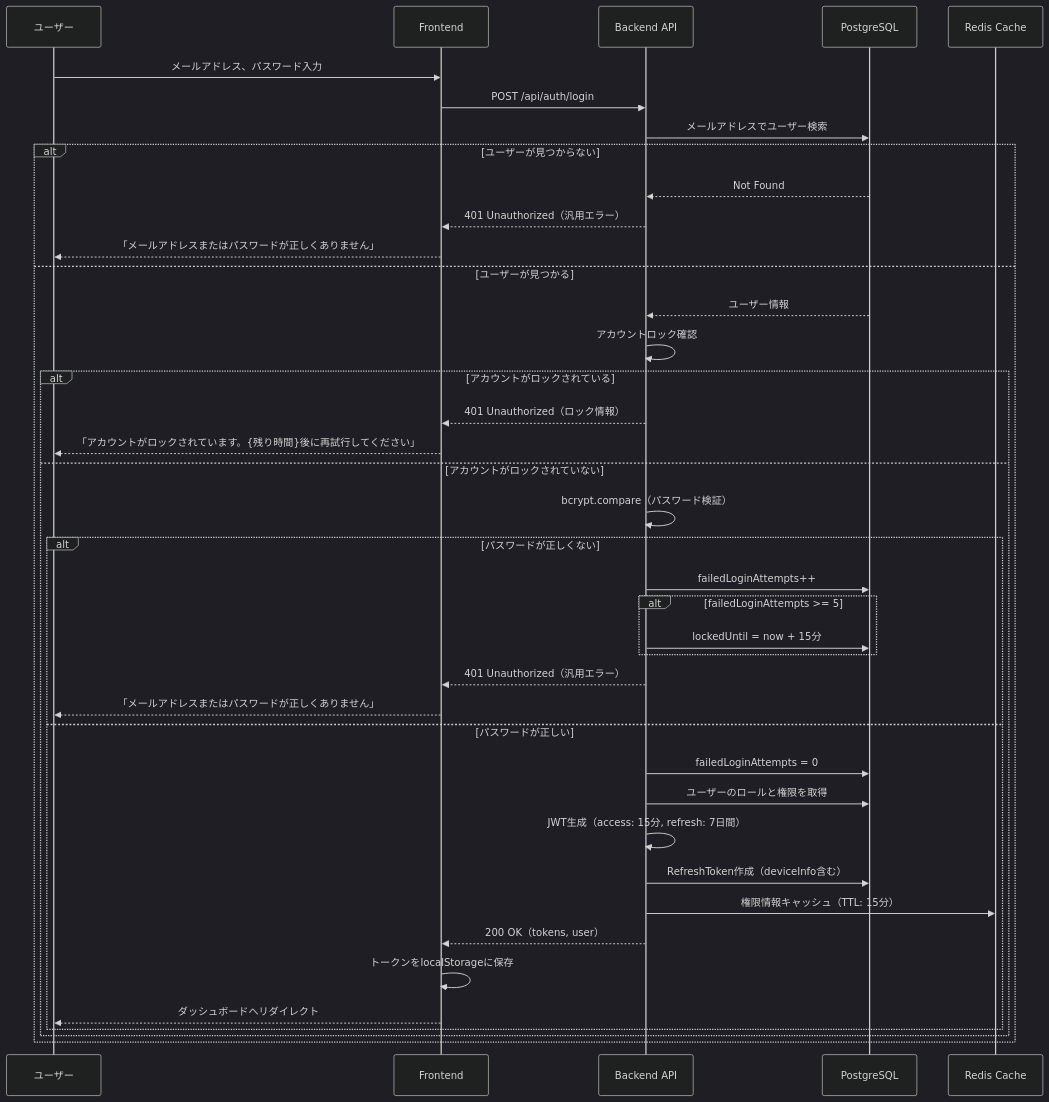
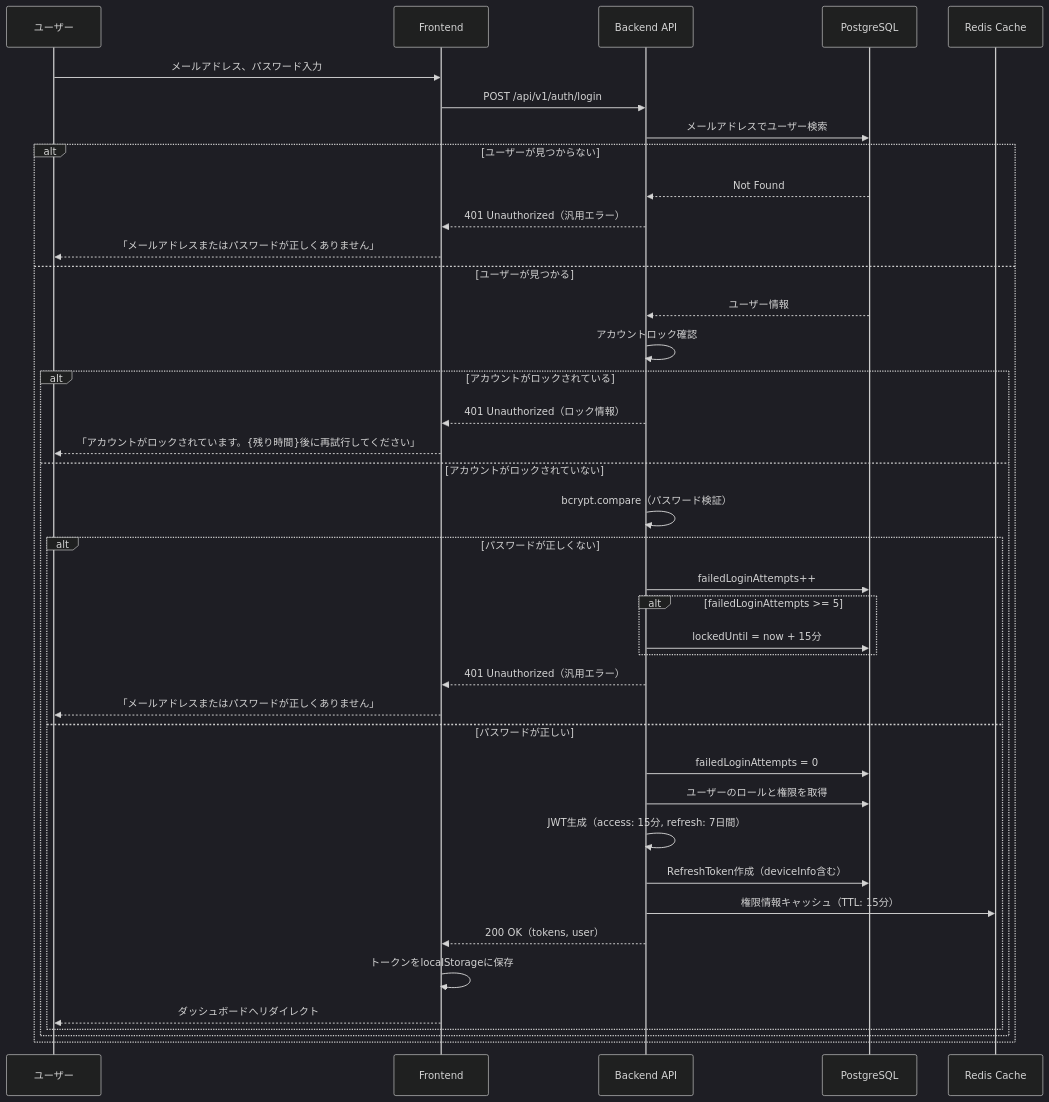
One commit to inakanou/ArchiTrack changed the fourth of 12 diagrams in .kiro/specs/user-authentication/design.md. Above: the diagram before and after it, drawn with Mermaid (dark theme). The commit also changed other lines of this file and 1 other file, not shown here.

````diff
--- a/.kiro/specs/user-authentication/design.md
+++ b/.kiro/specs/user-authentication/design.md
@@ -324,43 +489,43 @@
 ```mermaid
 sequenceDiagram
     participant User as ユーザー
     participant Frontend as Frontend
     participant Backend as Backend API
     participant DB as PostgreSQL
     participant Redis as Redis Cache
 
     User->>Frontend: メールアドレス、パスワード入力
-    Frontend->>Backend: POST /api/auth/login
+    Frontend->>Backend: POST /api/v1/auth/login
     Backend->>DB: メールアドレスでユーザー検索
     alt ユーザーが見つからない
         DB-->>Backend: Not Found
         Backend-->>Frontend: 401 Unauthorized（汎用エラー）
         Frontend-->>User: 「メールアドレスまたはパスワードが正しくありません」
     else ユーザーが見つかる
         DB-->>Backend: ユーザー情報
         Backend->>Backend: アカウントロック確認
         alt アカウントがロックされている
             Backend-->>Frontend: 401 Unauthorized（ロック情報）
             Frontend-->>User: 「アカウントがロックされています。{残り時間}後に再試行してください」
         else アカウントがロックされていない
             Backend->>Backend: bcrypt.compare（パスワード検証）
             alt パスワードが正しくない
                 Backend->>DB: failedLoginAttempts++
                 alt failedLoginAttempts >= 5
                     Backend->>DB: lockedUntil = now + 15分
                 end
                 Backend-->>Frontend: 401 Unauthorized（汎用エラー）
                 Frontend-->>User: 「メールアドレスまたはパスワードが正しくありません」
             else パスワードが正しい
                 Backend->>DB: failedLoginAttempts = 0
                 Backend->>DB: ユーザーのロールと権限を取得
                 Backend->>Backend: JWT生成（access: 15分, refresh: 7日間）
                 Backend->>DB: RefreshToken作成（deviceInfo含む）
                 Backend->>Redis: 権限情報キャッシュ（TTL: 15分）
                 Backend-->>Frontend: 200 OK（tokens, user）
                 Frontend->>Frontend: トークンをlocalStorageに保存
                 Frontend-->>User: ダッシュボードへリダイレクト
             end
         end
     end
 ```
````
